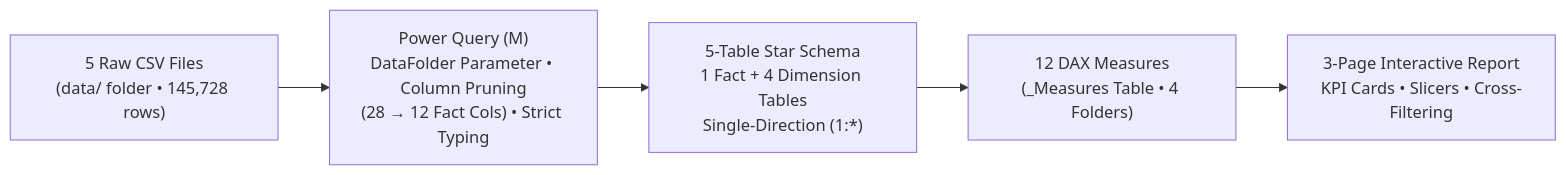
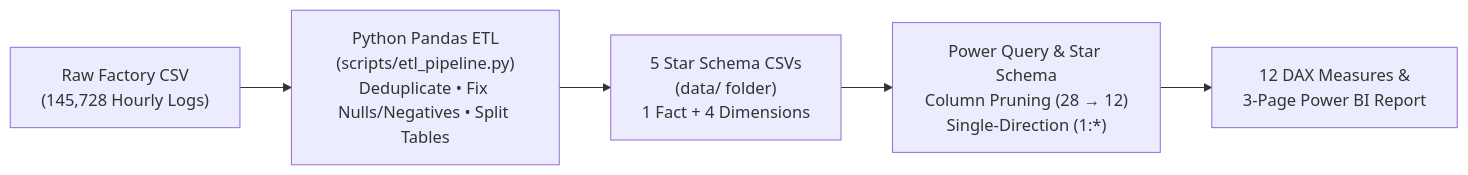
The diagram in README.md (Kabirroy12345/Power_BI_Project), drawn with Mermaid before and after one commit. The commit also changed other lines of this file, not shown here.

Commit message:
docs: highlight Python Pandas ETL cleaning script alongside Power Query in README

````diff
--- a/README.md
+++ b/README.md
@@ -39,7 +39,7 @@
 ```mermaid
 flowchart LR
-    A["5 Raw CSV Files<br/>(data/ folder • 145,728 rows)"] --> B["Power Query (M)<br/>DataFolder Parameter • Column Pruning<br/>(28 → 12 Fact Cols) • Strict Typing"]
-    B --> C["5-Table Star Schema<br/>1 Fact + 4 Dimension Tables<br/>Single-Direction (1:*)"]
-    C --> D["12 DAX Measures<br/>(_Measures Table • 4 Folders)"]
-    D --> E["3-Page Interactive Report<br/>KPI Cards • Slicers • Cross-Filtering"]
+    A["Raw Factory CSV<br/>(145,728 Hourly Logs)"] --> B["Python Pandas ETL<br/>(scripts/etl_pipeline.py)<br/>Deduplicate • Fix Nulls/Negatives • Split Tables"]
+    B --> C["5 Star Schema CSVs<br/>(data/ folder)<br/>1 Fact + 4 Dimensions"]
+    C --> D["Power Query & Star Schema<br/>Column Pruning (28 → 12)<br/>Single-Direction (1:*)"]
+    D --> E["12 DAX Measures &<br/>3-Page Power BI Report"]
 ```
````
